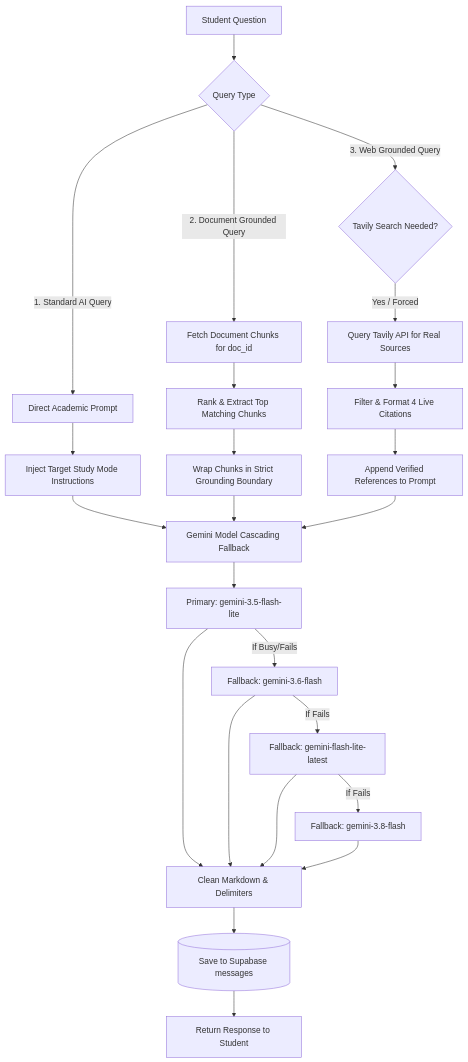
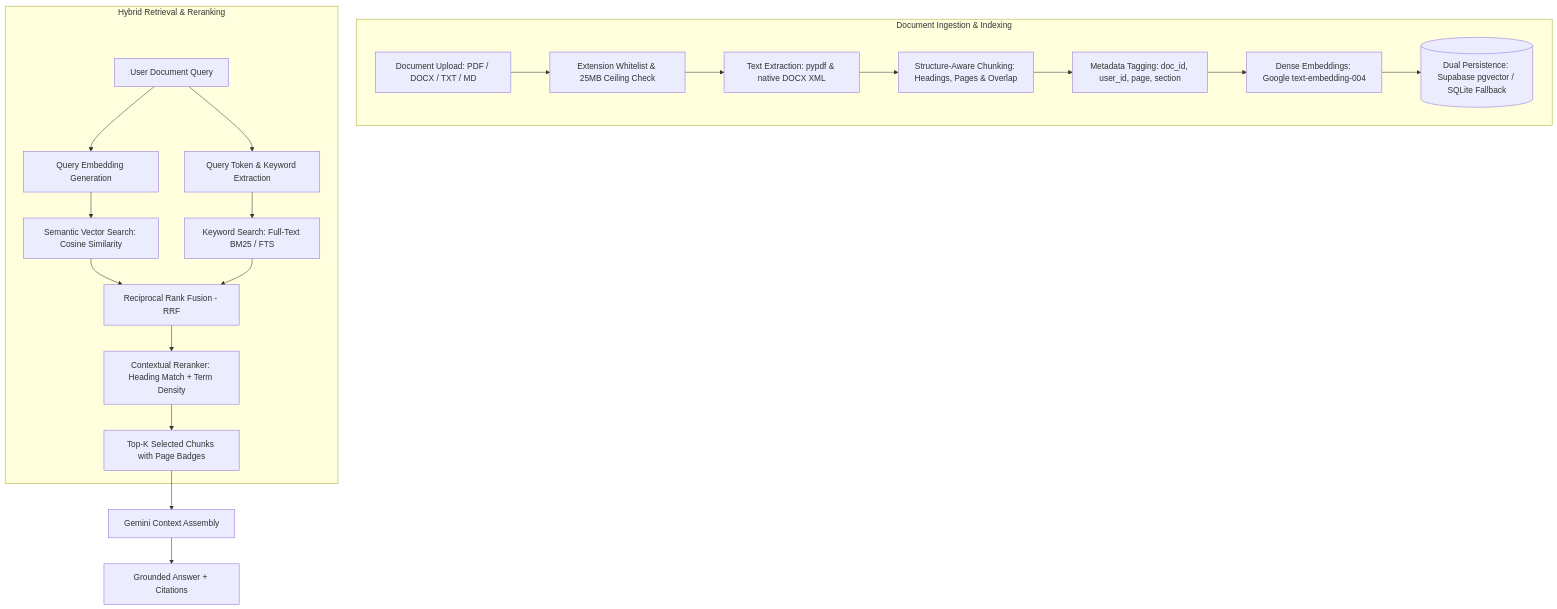
One commit to Ashish10102006/ai-study-assistant changed the second of 3 diagrams in README.md. Above: the diagram before and after it, drawn with Mermaid. The commit also changed other lines of this file and 14 other files, not shown here.

````diff
--- a/README.md
+++ b/README.md
@@ -369,32 +91,25 @@
 ```mermaid
 flowchart TD
-    UserQ[Student Question] --> QuestionType{Query Type}
-    
-    QuestionType -- 1. Standard AI Query --> DirectPrompt[Direct Academic Prompt]
-    DirectPrompt --> ModeInject[Inject Target Study Mode Instructions]
-    ModeInject --> ModelFallback[Gemini Model Cascading Fallback]
-    
-    QuestionType -- 2. Document Grounded Query --> DocLookup[Fetch Document Chunks for doc_id]
-    DocLookup --> Reorder[Rank & Extract Top Matching Chunks]
-    Reorder --> BoundContext[Wrap Chunks in Strict Grounding Boundary]
-    BoundContext --> ModelFallback
-    
-    QuestionType -- 3. Web Grounded Query --> HeuristicCheck{Tavily Search Needed?}
-    HeuristicCheck -- Yes / Forced --> TavilySearch[Query Tavily API for Real Sources]
-    TavilySearch --> CleanSources[Filter & Format 4 Live Citations]
-    CleanSources --> WebPrompt[Append Verified References to Prompt]
-    WebPrompt --> ModelFallback
-    
-    ModelFallback --> M1[Primary: gemini-3.5-flash-lite]
-    M1 -- If Busy/Fails --> M2[Fallback: gemini-3.6-flash]
-    M2 -- If Fails --> M3[Fallback: gemini-flash-lite-latest]
-    M3 -- If Fails --> M4[Fallback: gemini-3.8-flash]
-    
-    M1 --> CleanMarkdown[Clean Markdown & Delimiters]
-    M2 --> CleanMarkdown
-    M3 --> CleanMarkdown
-    M4 --> CleanMarkdown
-    
-    CleanMarkdown --> SaveHistory[(Save to Supabase messages)]
-    SaveHistory --> ReturnResponse[Return Response to Student]
+    subgraph Ingestion ["Document Ingestion & Indexing"]
+        Upload[Document Upload: PDF / DOCX / TXT / MD] --> Validation[Extension Whitelist & 25MB Ceiling Check]
+        Validation --> Extraction[Text Extraction: pypdf & native DOCX XML]
+        Extraction --> Chunking[Structure-Aware Chunking: Headings, Pages & Overlap]
+        Chunking --> Metadata[Metadata Tagging: doc_id, user_id, page, section]
+        Metadata --> Embeddings[Dense Embeddings: Google text-embedding-004]
+        Embeddings --> Storage[(Dual Persistence: Supabase pgvector / SQLite Fallback)]
+    end
+
+    subgraph Retrieval ["Hybrid Retrieval & Reranking"]
+        StudentQuery[User Document Query] --> QueryEmbed[Query Embedding Generation]
+        StudentQuery --> KeywordParse[Query Token & Keyword Extraction]
+        QueryEmbed --> VectorSearch[Semantic Vector Search: Cosine Similarity]
+        KeywordParse --> KeywordSearch[Keyword Search: Full-Text BM25 / FTS]
+        VectorSearch --> RRF[Reciprocal Rank Fusion - RRF]
+        KeywordSearch --> RRF
+        RRF --> Reranker[Contextual Reranker: Heading Match + Term Density]
+        Reranker --> TopK[Top-K Selected Chunks with Page Badges]
+    end
+
+    TopK --> GeminiPrompt[Gemini Context Assembly]
+    GeminiPrompt --> FinalResponse[Grounded Answer + Citations]
 ```
````
